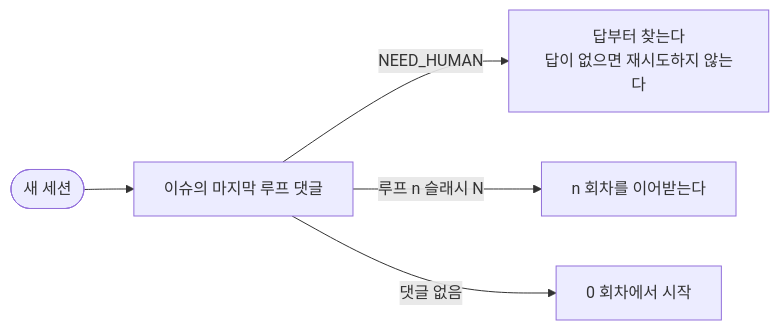
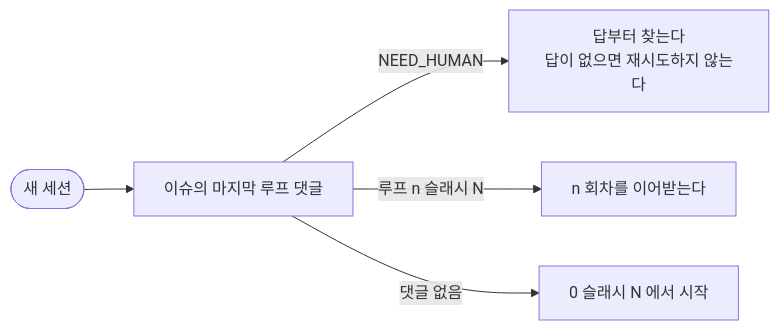
The second of 2 diagrams in docs/harness/loop.md (KIMJONGUK/inventory-poc), drawn with Mermaid before and after one commit. The commit also changed other lines of this file, not shown here.

````diff
--- a/docs/harness/loop.md
+++ b/docs/harness/loop.md
@@ -47,7 +44,7 @@
 ```mermaid
 flowchart LR
     S([새 세션]) --> M[이슈의 마지막 루프 댓글]
     M -- NEED_HUMAN --> Q[답부터 찾는다<br/>답이 없으면 재시도하지 않는다]
     M -- 루프 n 슬래시 N --> K[n 회차를 이어받는다]
-    M -- 댓글 없음 --> Z[0 회차에서 시작]
+    M -- 댓글 없음 --> Z[0 슬래시 N 에서 시작]
 ```
````
